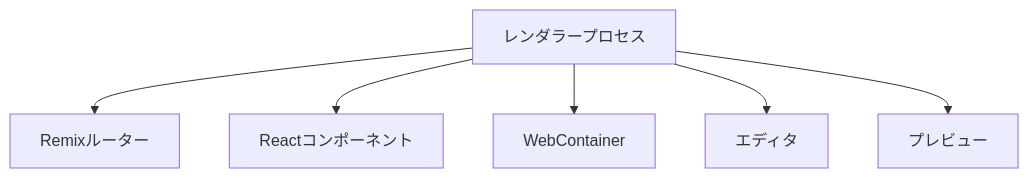
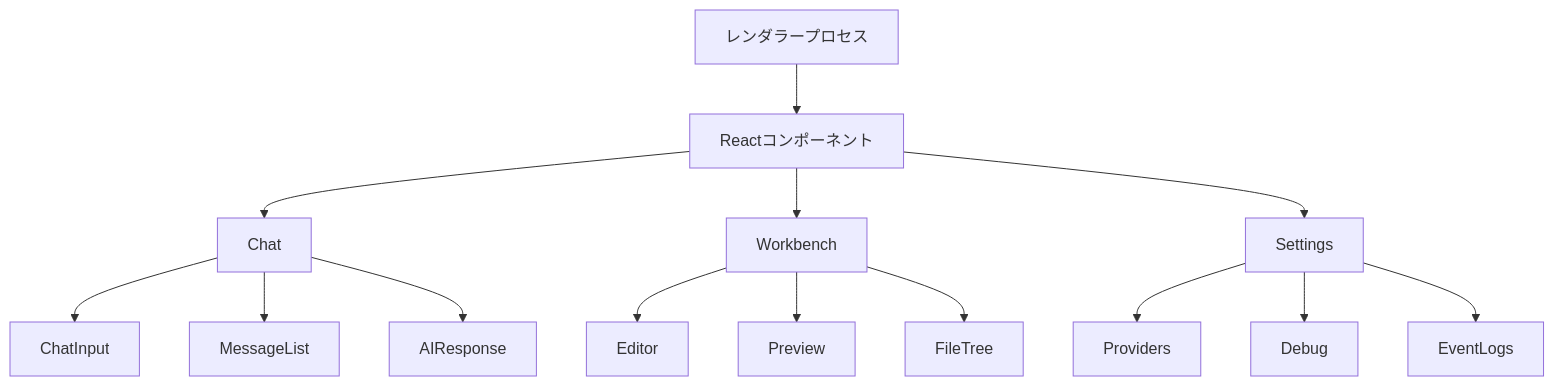
Before and after one commit to yuki-matsu783/electron-bolt: the second of 4 diagrams in README.md, drawn with Mermaid. The commit also changed other lines of this file, not shown here.

````diff
--- a/README.md
+++ b/README.md
@@ -38,8 +34,16 @@
 ```mermaid
 graph TB
-    A[レンダラープロセス] --> B[Remixルーター]
-    A --> C[Reactコンポーネント]
-    A --> D[WebContainer]
-    A --> E[エディタ]
-    A --> F[プレビュー]
+    A[レンダラープロセス] --> B[Reactコンポーネント]
+    B --> C[Chat]
+    B --> D[Workbench]
+    B --> E[Settings]
+    C --> C1[ChatInput]
+    C --> C2[MessageList]
+    C --> C3[AIResponse]
+    D --> D1[Editor]
+    D --> D2[Preview]
+    D --> D3[FileTree]
+    E --> E1[Providers]
+    E --> E2[Debug]
+    E --> E3[EventLogs]
 ```
````
